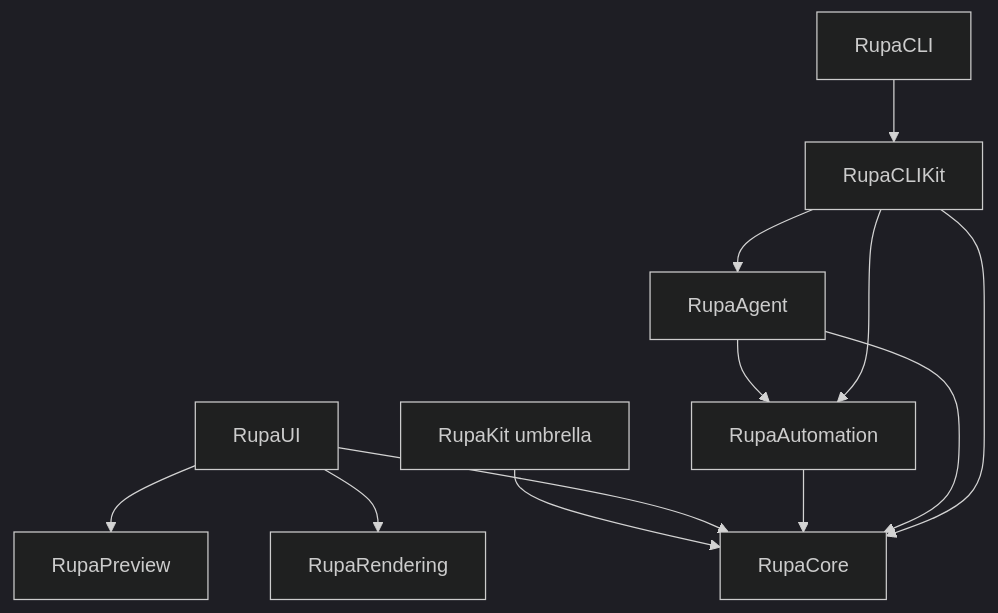
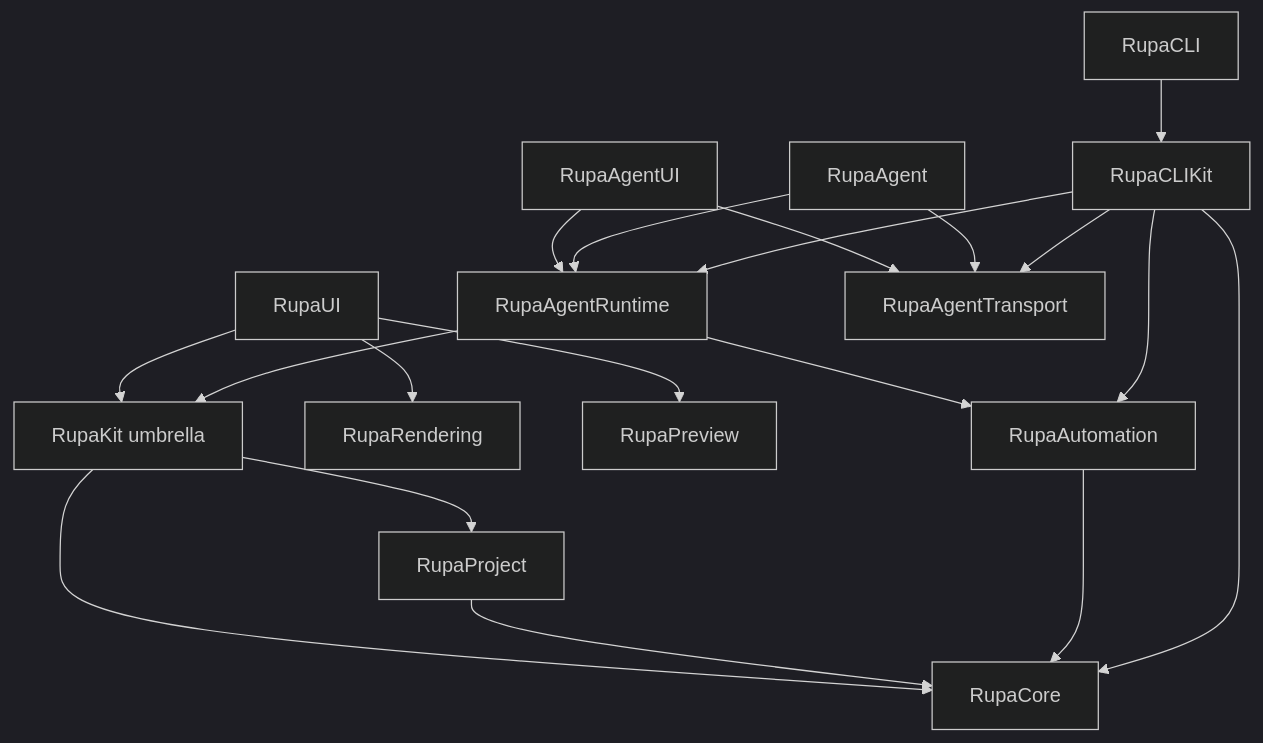
Before and after one commit to 1amageek/Rupa: the fourth of 12 diagrams in Rupa/PHILOSOPHY.md, drawn with Mermaid (dark theme). The commit also changed other lines of this file and 5 other files, not shown here.

````diff
--- a/Rupa/PHILOSOPHY.md
+++ b/Rupa/PHILOSOPHY.md
@@ -80,14 +93,21 @@
 ```mermaid
 flowchart TD
     Umbrella["RupaKit umbrella"] --> Core["RupaCore"]
-    UI["RupaUI"] --> Core
+    Umbrella --> Project["RupaProject"]
+    Project --> Core
+    UI["RupaUI"] --> Umbrella
     UI --> Rendering["RupaRendering"]
     UI --> Preview["RupaPreview"]
     Automation["RupaAutomation"] --> Core
-    Agent["RupaAgent"] --> Automation
-    Agent --> Core
+    AgentUI["RupaAgentUI"] --> Runtime["RupaAgentRuntime"]
+    AgentUI --> Transport["RupaAgentTransport"]
+    Runtime --> Umbrella
+    Runtime --> Automation
+    Agent["RupaAgent"] --> Runtime
+    Agent --> Transport
     CLI["RupaCLI"] --> CLIKit["RupaCLIKit"]
-    CLIKit --> Agent
+    CLIKit --> Runtime
+    CLIKit --> Transport
     CLIKit --> Automation
     CLIKit --> Core
 ```
````
